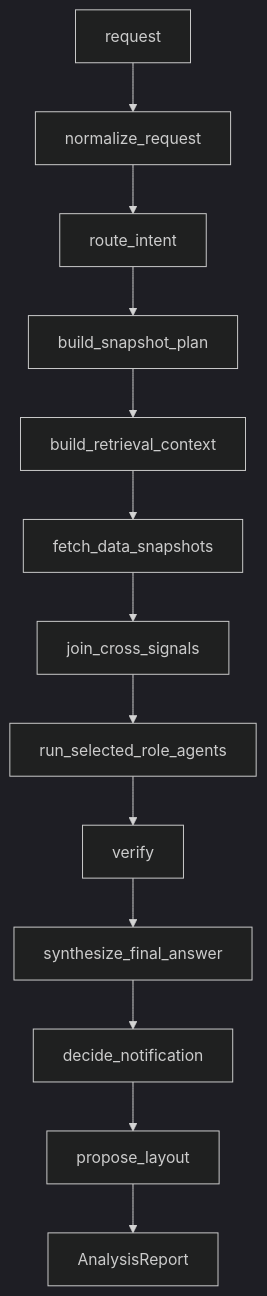
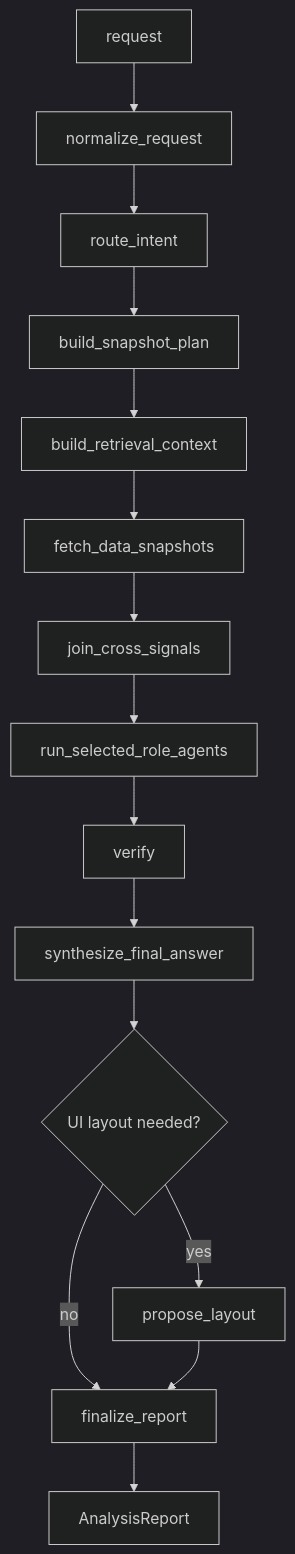
One commit to seunglee10/GOPS-BE changed the fourth of 10 diagrams in docs/GRAPH_AWARE_RETRIEVAL_PROPOSAL.md. Above: the diagram before and after it, drawn with Mermaid (dark theme). The commit also changed 8 other files, not shown here.

````diff
--- a/docs/GRAPH_AWARE_RETRIEVAL_PROPOSAL.md
+++ b/docs/GRAPH_AWARE_RETRIEVAL_PROPOSAL.md
@@ -158,15 +158,17 @@
 ```mermaid
 flowchart TD
   Start["request"] --> N["normalize_request"]
   N --> R["route_intent"]
   R --> P["build_snapshot_plan"]
   P --> C["build_retrieval_context"]
   C --> X["fetch_data_snapshots"]
   X --> J["join_cross_signals"]
   J --> A["run_selected_role_agents"]
   A --> V["verify"]
   V --> S["synthesize_final_answer"]
-  S --> D["decide_notification"]
-  D --> L["propose_layout"]
-  L --> Report["AnalysisReport"]
+  S --> Q{"UI layout needed?"}
+  Q -- "yes" --> L["propose_layout"]
+  Q -- "no" --> F["finalize_report"]
+  L --> F
+  F --> Report["AnalysisReport"]
 ```
````
